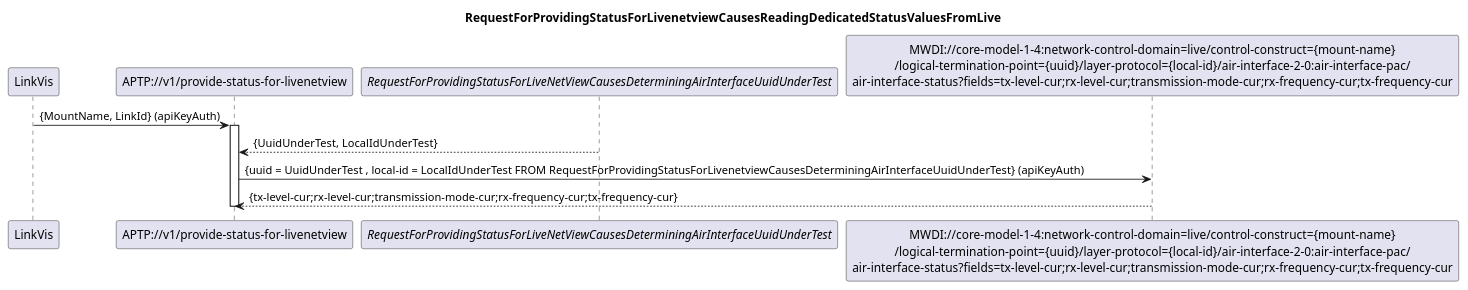
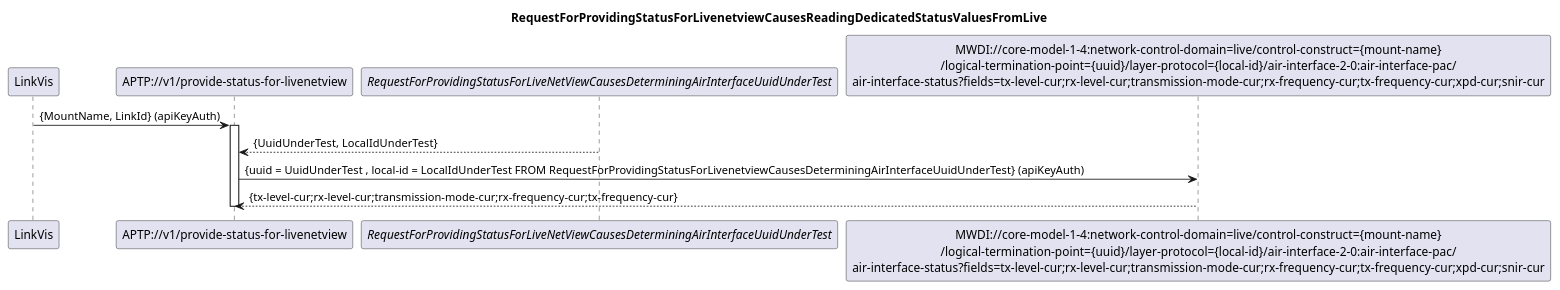
The diagram in spec/diagrams/ProvideStatusForLivenetview/407_ReadingDedicatedStatusValuesFromLive.plantuml (openBackhaul/AccessPlanningToolProxy), drawn with PlantUML before and after one commit. The commit also changed 4 other files, not shown here.

Commit message:
Add current signal-to-noise-ratio to LiveNetView status service

```diff
--- a/spec/diagrams/ProvideStatusForLivenetview/407_ReadingDedicatedStatusValuesFromLive.plantuml
+++ b/spec/diagrams/ProvideStatusForLivenetview/407_ReadingDedicatedStatusValuesFromLive.plantuml
@@ -1,23 +1,23 @@
 @startuml 407_ReadingDedicatedStatusValuesFromLive
 skinparam responseMessageBelowArrow true
 
 title
 RequestForProvidingStatusForLivenetviewCausesReadingDedicatedStatusValuesFromLive
 end title
 
 participant "LinkVis" as LinkVis
 participant "APTP://v1/provide-status-for-livenetview" as APTP_Status
 participant "<i>RequestForProvidingStatusForLiveNetViewCausesDeterminingAirInterfaceUuidUnderTest</i>" as UnderTest
-participant "MWDI://core-model-1-4:network-control-domain=live/control-construct={mount-name}\n/logical-termination-point={uuid}/layer-protocol={local-id}/air-interface-2-0:air-interface-pac/\nair-interface-status?fields=tx-level-cur;rx-level-cur;transmission-mode-cur;rx-frequency-cur;tx-frequency-cur" as MwdiStatus
+participant "MWDI://core-model-1-4:network-control-domain=live/control-construct={mount-name}\n/logical-termination-point={uuid}/layer-protocol={local-id}/air-interface-2-0:air-interface-pac/\nair-interface-status?fields=tx-level-cur;rx-level-cur;transmission-mode-cur;rx-frequency-cur;tx-frequency-cur;xpd-cur;snir-cur" as MwdiStatus
 
 LinkVis -> APTP_Status: {MountName, LinkId} (apiKeyAuth)
 activate APTP_Status
 
 UnderTest --> APTP_Status: {UuidUnderTest, LocalIdUnderTest}
 
 APTP_Status -> MwdiStatus: {uuid = UuidUnderTest , local-id = LocalIdUnderTest FROM RequestForProvidingStatusForLivenetviewCausesDeterminingAirInterfaceUuidUnderTest} (apiKeyAuth)
 MwdiStatus --> APTP_Status: {tx-level-cur;rx-level-cur;transmission-mode-cur;rx-frequency-cur;tx-frequency-cur}
 
 deactivate APTP_Status
 
 @enduml
```
